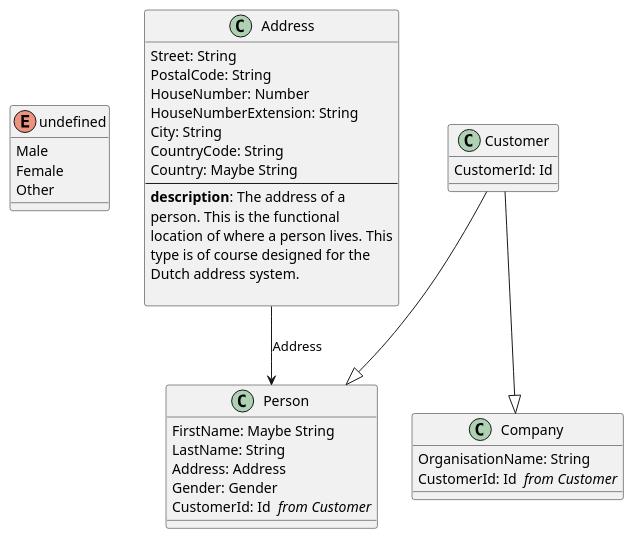
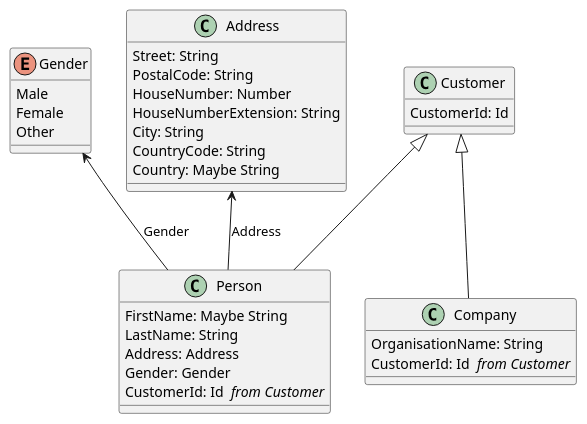
The diagram in Examples/.out/v0.0.1/Customer/Customer.puml (Baudin999/car-lang), drawn with PlantUML before and after one commit. The commit also changed 29 other files, not shown here.

```diff
--- a/Examples/.out/v0.0.1/Customer/Customer.puml
+++ b/Examples/.out/v0.0.1/Customer/Customer.puml
@@ -1,38 +1,32 @@
-enum undefined {
+enum Gender {
 	Male
 	Female
 	Other
 }
 class "Address" as Address  {
 	Street: String 
 	PostalCode: String 
 	HouseNumber: Number 
 	HouseNumberExtension: String 
 	City: String 
 	CountryCode: String 
 	Country: Maybe String
---
-  <b>description</b>: The address of a
- person. This is the functional
- location of where a person lives. This
- type is of course designed for the
- Dutch address system.
-    
 }
 class "Person " as Person  {
 	FirstName: Maybe String
 	LastName: String 
 	Address: Address 
 	Gender: Gender 
 	CustomerId: Id  <i>from Customer</i>
 }
-Address --> Person : Address
-Customer --|> Person
+Address <-- Person : Address
+Gender <-- Person : Gender
+Customer <|-- Person
 class "Company " as Company  {
 	OrganisationName: String 
 	CustomerId: Id  <i>from Customer</i>
 }
-Customer --|> Company
+Customer <|-- Company
 class "Customer" as Customer  {
 	CustomerId: Id 
 }
```
